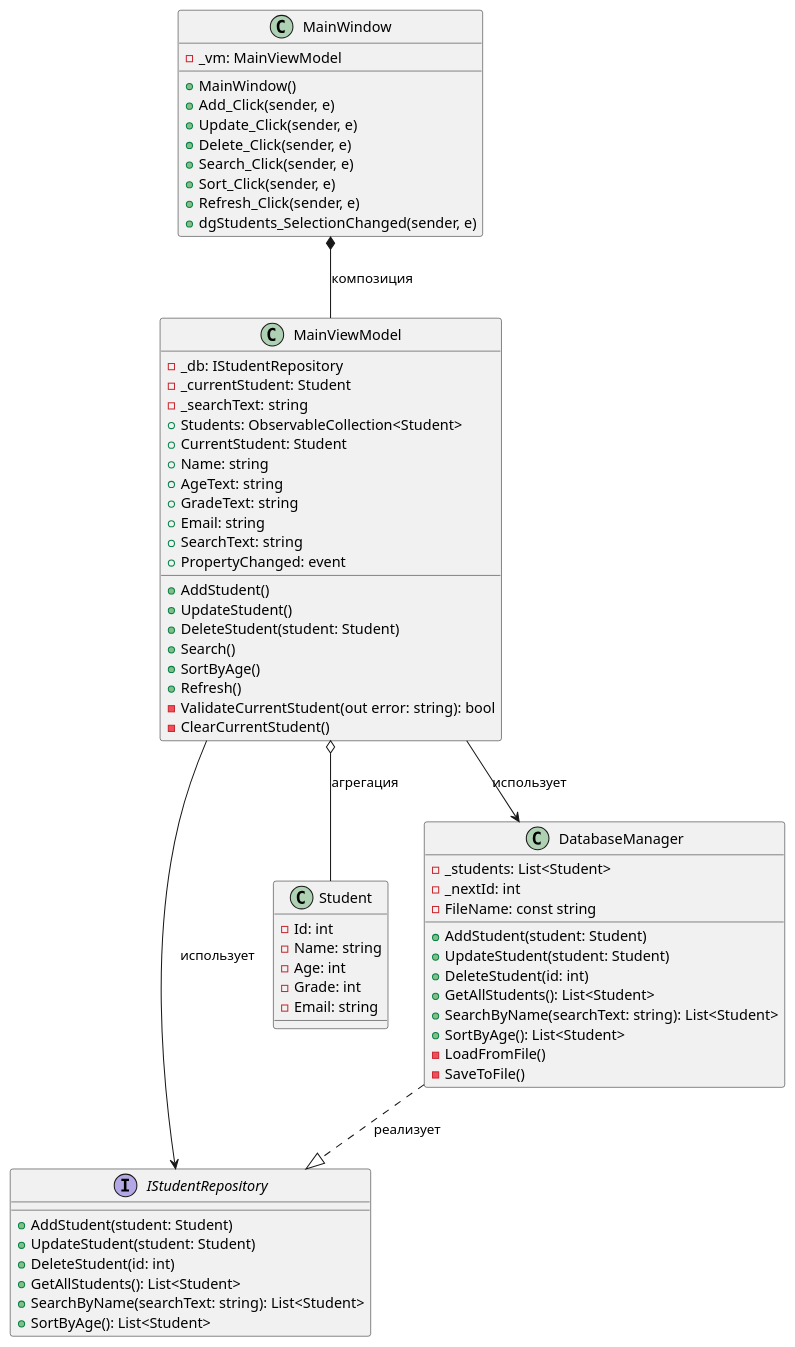
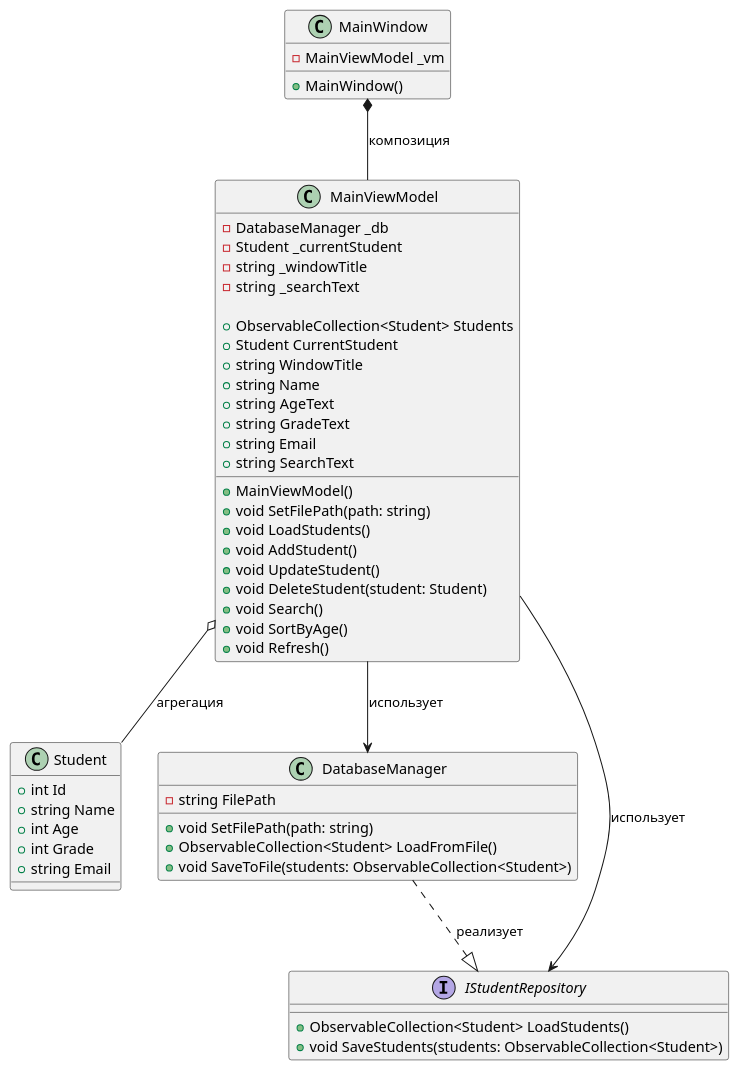
The diagram in Lab Work 2 - Database/DatabaseLab/UML.md (nesquikprogs/oop-2), drawn with PlantUML before and after one commit. The commit also changed 1 other file, not shown here.

```diff
--- a/Lab Work 2 - Database/DatabaseLab/UML.md
+++ b/Lab Work 2 - Database/DatabaseLab/UML.md
@@ -1,73 +1,60 @@
 @startuml
-interface IStudentRepository {
-    + AddStudent(student: Student)
-    + UpdateStudent(student: Student)
-    + DeleteStudent(id: int)
-    + GetAllStudents(): List<Student>
-    + SearchByName(searchText: string): List<Student>
-    + SortByAge(): List<Student>
-}
 
 class Student {
-    - Id: int
-    - Name: string
-    - Age: int
-    - Grade: int
-    - Email: string
+    +int Id
+    +string Name
+    +int Age
+    +int Grade
+    +string Email
 }
 
 class DatabaseManager {
-    - _students: List<Student>
-    - _nextId: int
-    - FileName: const string
-    + AddStudent(student: Student)
-    + UpdateStudent(student: Student)
-    + DeleteStudent(id: int)
-    + GetAllStudents(): List<Student>
-    + SearchByName(searchText: string): List<Student>
-    + SortByAge(): List<Student>
-    - LoadFromFile()
-    - SaveToFile()
+    -string FilePath
+    +void SetFilePath(path: string)
+    +ObservableCollection<Student> LoadFromFile()
+    +void SaveToFile(students: ObservableCollection<Student>)
 }
 
-DatabaseManager ..|> IStudentRepository: реализует
+interface IStudentRepository {
+    +ObservableCollection<Student> LoadStudents()
+    +void SaveStudents(students: ObservableCollection<Student>)
+}
 
 class MainViewModel {
-    - _db: IStudentRepository
-    - _currentStudent: Student
-    - _searchText: string
-    + Students: ObservableCollection<Student>
-    + CurrentStudent: Student
-    + Name: string
-    + AgeText: string
-    + GradeText: string
-    + Email: string
-    + SearchText: string
-    + AddStudent()
-    + UpdateStudent()
-    + DeleteStudent(student: Student)
-    + Search()
-    + SortByAge()
-    + Refresh()
-    - ValidateCurrentStudent(out error: string): bool
-    - ClearCurrentStudent()
-    + PropertyChanged: event
+    -DatabaseManager _db
+    -Student _currentStudent
+    -string _windowTitle
+    -string _searchText
+
+    +ObservableCollection<Student> Students
+    +Student CurrentStudent
+    +string WindowTitle
+    +string Name
+    +string AgeText
+    +string GradeText
+    +string Email
+    +string SearchText
+
+    +MainViewModel()
+    +void SetFilePath(path: string)
+    +void LoadStudents()
+    +void AddStudent()
+    +void UpdateStudent()
+    +void DeleteStudent(student: Student)
+    +void Search()
+    +void SortByAge()
+    +void Refresh()
 }
 
 class MainWindow {
-    - _vm: MainViewModel
-    + MainWindow()
-    + Add_Click(sender, e)
-    + Update_Click(sender, e)
-    + Delete_Click(sender, e)
-    + Search_Click(sender, e)
-    + Sort_Click(sender, e)
-    + Refresh_Click(sender, e)
-    + dgStudents_SelectionChanged(sender, e)
+    -MainViewModel _vm
+    +MainWindow()
 }
 
 MainViewModel --> IStudentRepository : использует
 MainViewModel --> DatabaseManager : использует
 MainViewModel o-- Student : агрегация
 MainWindow *-- MainViewModel : композиция
+DatabaseManager ..|> IStudentRepository: реализует
+
 @enduml
```
